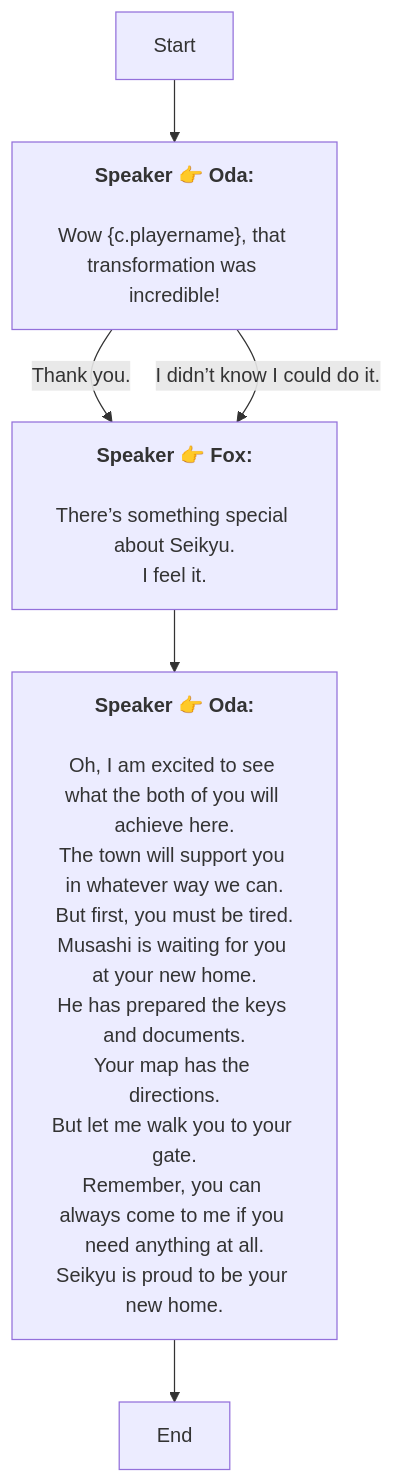
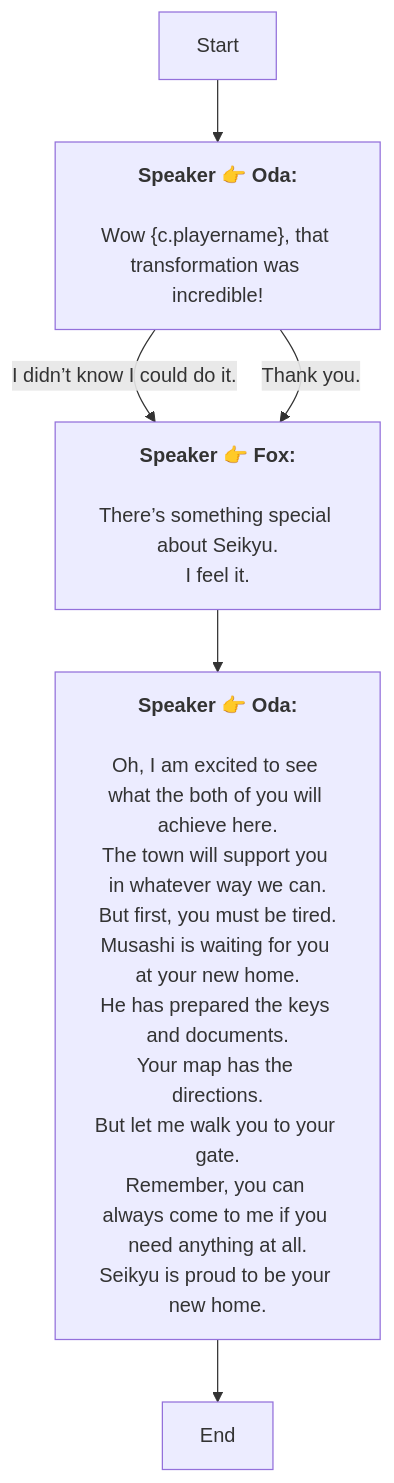
One commit to SoftHu/tos_avg changed the diagram in Zh/QuestStartTalkENode_1775375026280347.md. Above: the diagram before and after it, drawn with Mermaid. The commit also changed other lines of this file and 780 other files, not shown here.

````diff
--- a/Zh/QuestStartTalkENode_1775375026280347.md
+++ b/Zh/QuestStartTalkENode_1775375026280347.md
@@ -1,20 +1,20 @@
 ```mermaid
 graph
 Start -->1775375068984222[<b>Speaker 👉 Oda:</b>
 \nWow &lbrace;c.playername&rbrace;, that transformation was incredible!]
-1775375068984222 -->|Thank you.|1775375103420327[<b>Speaker 👉 Fox:</b>
+1775375068984222 -->|I didn’t know I could do it.|1775375103420327[<b>Speaker 👉 Fox:</b>
 \nThere’s something special about Seikyu.
 I feel it.]
-1775375068984222 -->|I didn’t know I could do it.|1775375103420327[<b>Speaker 👉 Fox:</b>
+1775375068984222 -->|Thank you.|1775375103420327[<b>Speaker 👉 Fox:</b>
 \nThere’s something special about Seikyu.
 I feel it.]
 1775375103420327 -->1775375118787498[<b>Speaker 👉 Oda:</b>
 \nOh, I am excited to see what the both of you will achieve here.
 The town will support you in whatever way we can.
 But first, you must be tired.\nMusashi is waiting for you at your new home.
 He has prepared the keys and documents.\nYour map has the directions.
 But let me walk you to your gate.\nRemember, you can always come to me if you need anything at all.
 Seikyu is proud to be your new home.]
 1775375118787498 -->1775375158974384[End]
 
 ```
````
